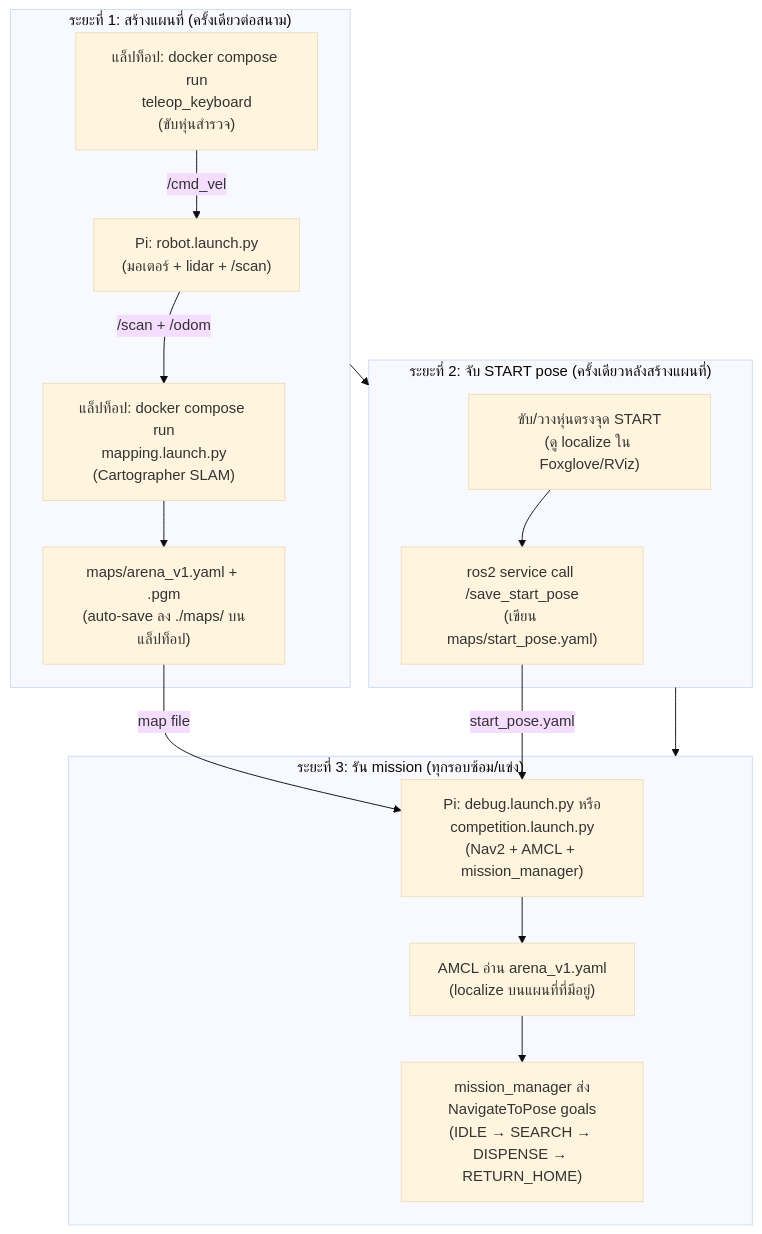
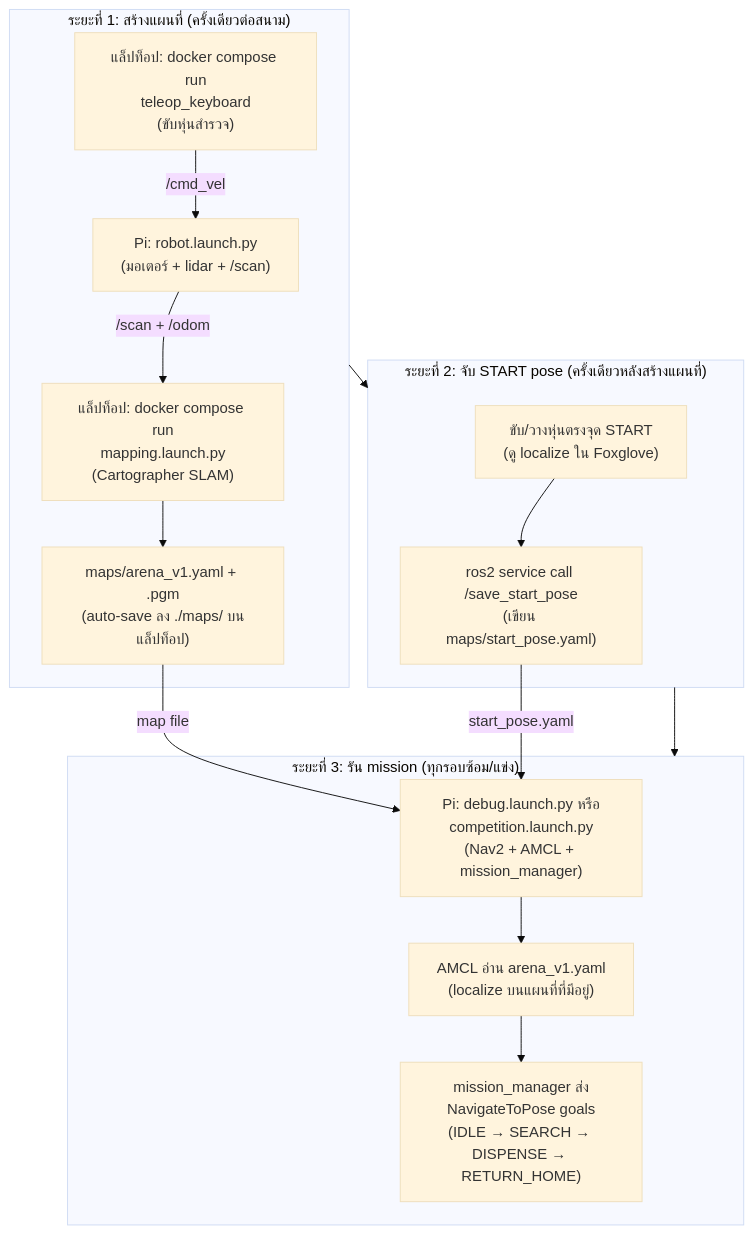
One commit to robotkub/turtlebot3 changed the diagram in docs/th/05-navigation.md. Above: the diagram before and after it, drawn with Mermaid (base theme). The commit also changed other lines of this file and 13 other files, not shown here.

First line of the commit message:
Remove RViz everywhere -- Foxglove is the only visualizer

````diff
--- a/docs/th/05-navigation.md
+++ b/docs/th/05-navigation.md
@@ -27,29 +27,29 @@
 ```mermaid
 flowchart TD
     subgraph Step1["ระยะที่ 1: สร้างแผนที่ (ครั้งเดียวต่อสนาม)"]
         A["Pi: robot.launch.py\n(มอเตอร์ + lidar + /scan)"]
         B["แล็ปท็อป: docker compose run\nmapping.launch.py\n(Cartographer SLAM)"]
         C["แล็ปท็อป: docker compose run\nteleop_keyboard\n(ขับหุ่นสำรวจ)"]
         D["maps/arena_v1.yaml + .pgm\n(auto-save ลง ./maps/ บนแล็ปท็อป)"]
         A -->|"/scan + /odom"| B
         C -->|"/cmd_vel"| A
         B --> D
     end
 
     subgraph Step2["ระยะที่ 2: จับ START pose (ครั้งเดียวหลังสร้างแผนที่)"]
-        E["ขับ/วางหุ่นตรงจุด START\n(ดู localize ใน Foxglove/RViz)"]
+        E["ขับ/วางหุ่นตรงจุด START\n(ดู localize ใน Foxglove)"]
         F["ros2 service call /save_start_pose\n(เขียน maps/start_pose.yaml)"]
         E --> F
     end
 
     subgraph Step3["ระยะที่ 3: รัน mission (ทุกรอบซ้อม/แข่ง)"]
         G["Pi: debug.launch.py หรือ\ncompetition.launch.py\n(Nav2 + AMCL + mission_manager)"]
         H["AMCL อ่าน arena_v1.yaml\n(localize บนแผนที่ที่มีอยู่)"]
         I["mission_manager ส่ง\nNavigateToPose goals\n(IDLE → SEARCH → DISPENSE → RETURN_HOME)"]
         D -->|"map file"| G
         F -->|"start_pose.yaml"| G
         G --> H --> I
     end
 
     Step1 --> Step2 --> Step3
 ```
````
